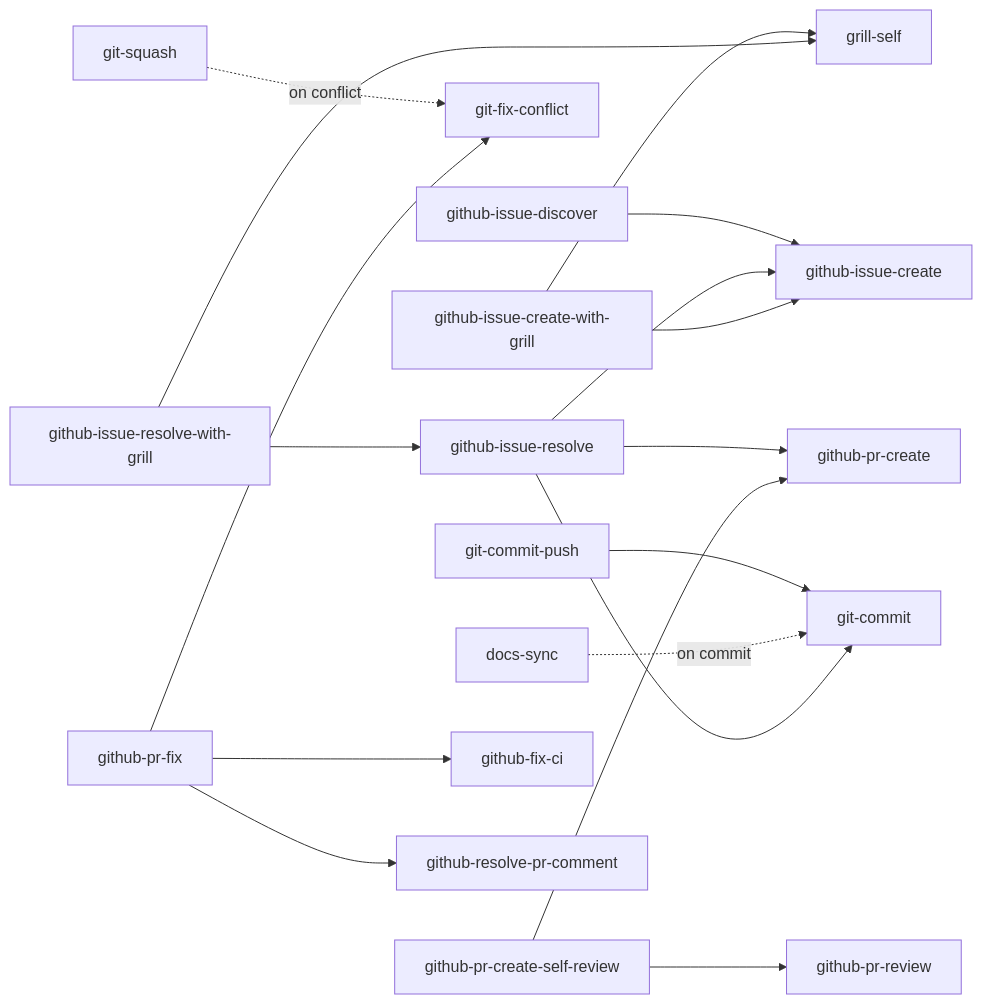
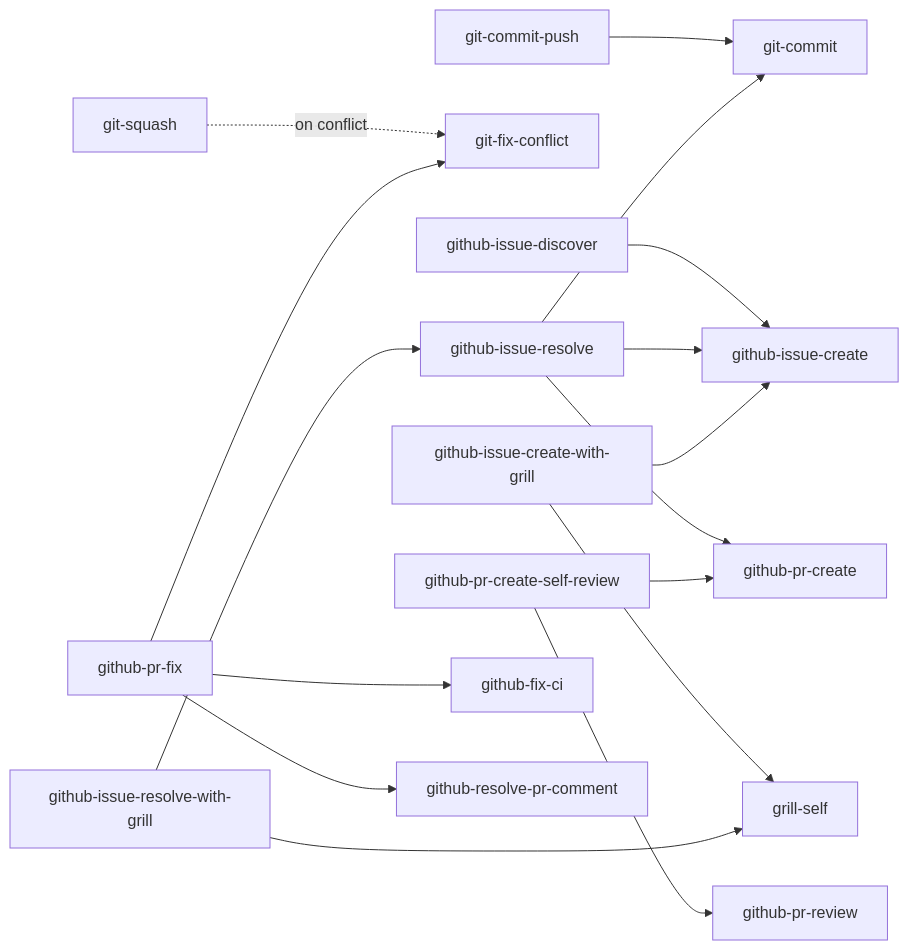
The diagram in doc/skills.md (mjun0812/dotfiles), drawn with Mermaid before and after one commit. The commit also changed other lines of this file and 2 other files, not shown here.

First line of the commit message:
refactor(skill): rename docs-sync to doc-sync

````diff
--- a/doc/skills.md
+++ b/doc/skills.md
@@ -84,24 +84,23 @@
 ```mermaid
 graph LR
     git-commit-push --> git-commit
     git-squash -. on conflict .-> git-fix-conflict
-    docs-sync -. on commit .-> git-commit
 
     github-issue-discover --> github-issue-create
     github-issue-resolve --> github-issue-create
     github-issue-resolve --> github-pr-create
     github-issue-resolve --> git-commit
 
     github-issue-create-with-grill --> grill-self
     github-issue-create-with-grill --> github-issue-create
 
     github-issue-resolve-with-grill --> grill-self
     github-issue-resolve-with-grill --> github-issue-resolve
 
     github-pr-create-self-review --> github-pr-create
     github-pr-create-self-review --> github-pr-review
 
     github-pr-fix --> git-fix-conflict
     github-pr-fix --> github-fix-ci
     github-pr-fix --> github-resolve-pr-comment
 ```
````
